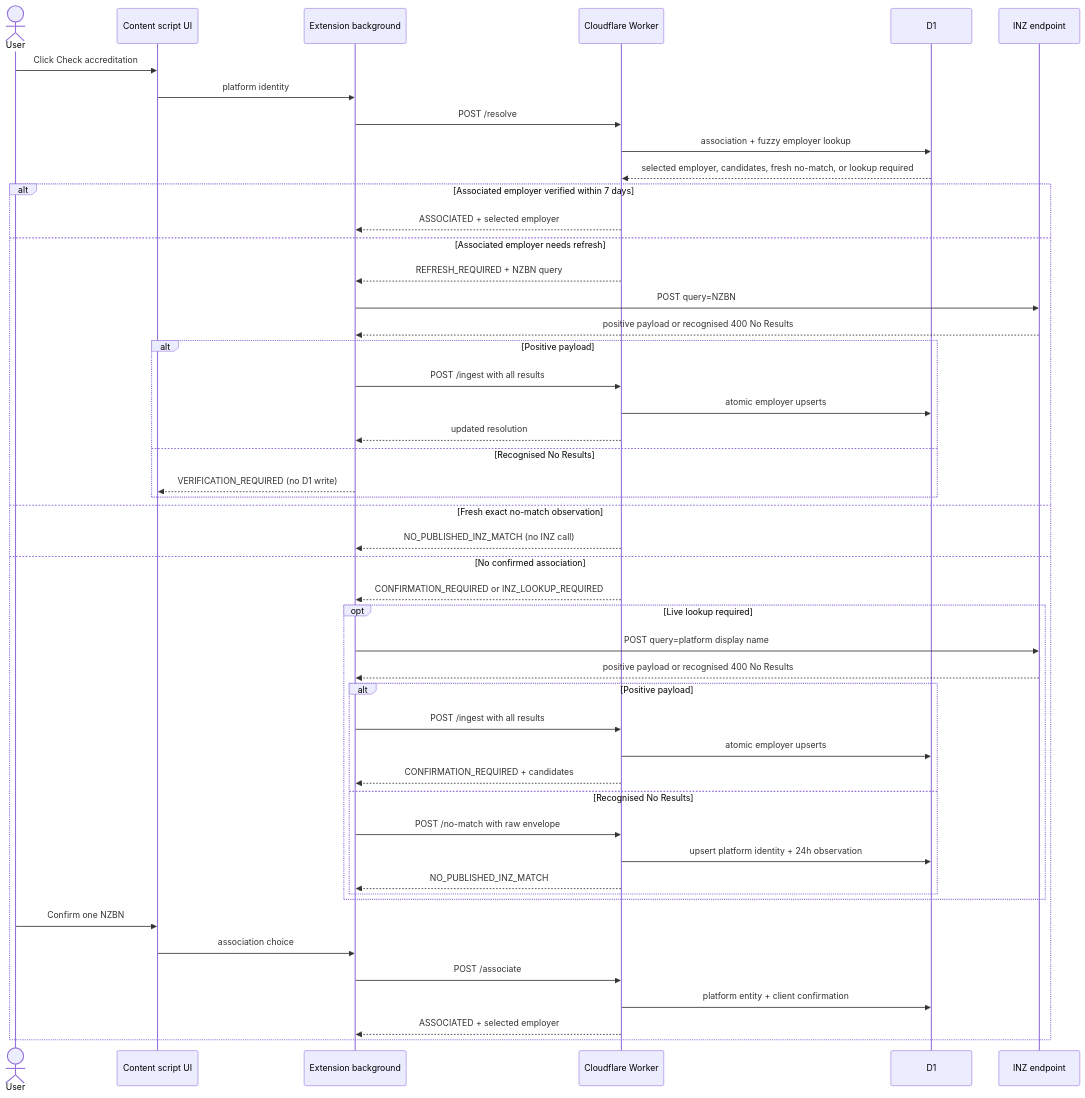
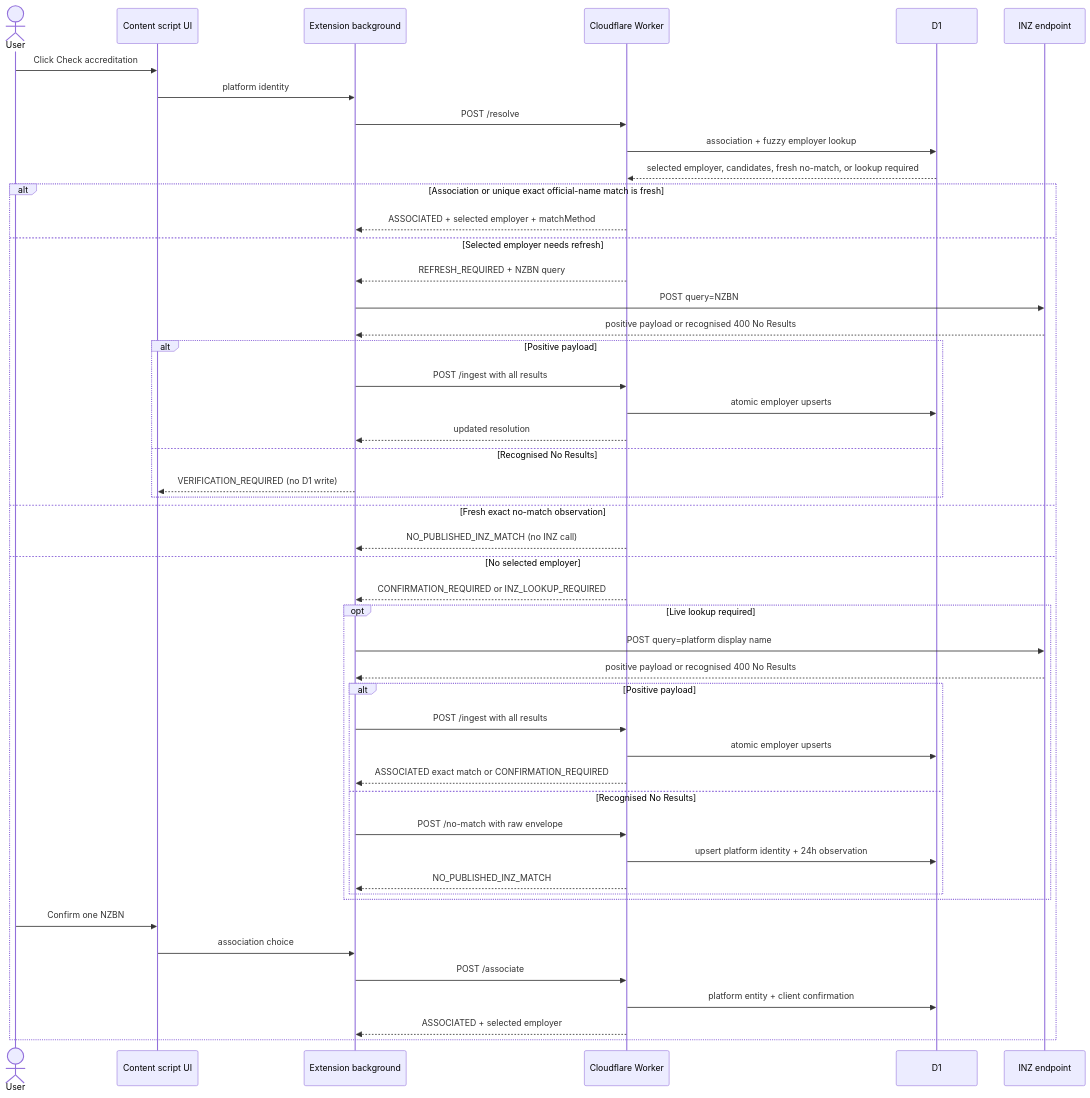
One commit to aizhimou/nz-accredited-employer-inspector changed the diagram in docs/extension-api-ssot.md. Above: the diagram before and after it, drawn with Mermaid. The commit also changed other lines of this file and 24 other files, not shown here.

First line of the commit message:
feat: expand SEEK coverage and exact-match resolution

````diff
--- a/docs/extension-api-ssot.md
+++ b/docs/extension-api-ssot.md
@@ -37,52 +39,52 @@
 ```mermaid
 sequenceDiagram
     actor User
     participant UI as Content script UI
     participant Ext as Extension background
     participant API as Cloudflare Worker
     participant D1 as D1
     participant INZ as INZ endpoint
 
     User->>UI: Click Check accreditation
     UI->>Ext: platform identity
     Ext->>API: POST /resolve
     API->>D1: association + fuzzy employer lookup
     D1-->>API: selected employer, candidates, fresh no-match, or lookup required
 
-    alt Associated employer verified within 7 days
-        API-->>Ext: ASSOCIATED + selected employer
-    else Associated employer needs refresh
+    alt Association or unique exact official-name match is fresh
+        API-->>Ext: ASSOCIATED + selected employer + matchMethod
+    else Selected employer needs refresh
         API-->>Ext: REFRESH_REQUIRED + NZBN query
         Ext->>INZ: POST query=NZBN
         INZ-->>Ext: positive payload or recognised 400 No Results
         alt Positive payload
             Ext->>API: POST /ingest with all results
             API->>D1: atomic employer upserts
             API-->>Ext: updated resolution
         else Recognised No Results
             Ext-->>UI: VERIFICATION_REQUIRED (no D1 write)
         end
     else Fresh exact no-match observation
         API-->>Ext: NO_PUBLISHED_INZ_MATCH (no INZ call)
-    else No confirmed association
+    else No selected employer
         API-->>Ext: CONFIRMATION_REQUIRED or INZ_LOOKUP_REQUIRED
         opt Live lookup required
             Ext->>INZ: POST query=platform display name
             INZ-->>Ext: positive payload or recognised 400 No Results
             alt Positive payload
                 Ext->>API: POST /ingest with all results
                 API->>D1: atomic employer upserts
-                API-->>Ext: CONFIRMATION_REQUIRED + candidates
+                API-->>Ext: ASSOCIATED exact match or CONFIRMATION_REQUIRED
             else Recognised No Results
                 Ext->>API: POST /no-match with raw envelope
                 API->>D1: upsert platform identity + 24h observation
                 API-->>Ext: NO_PUBLISHED_INZ_MATCH
             end
         end
         User->>UI: Confirm one NZBN
         UI->>Ext: association choice
         Ext->>API: POST /associate
         API->>D1: platform entity + client confirmation
         API-->>Ext: ASSOCIATED + selected employer
     end
 ```
````
